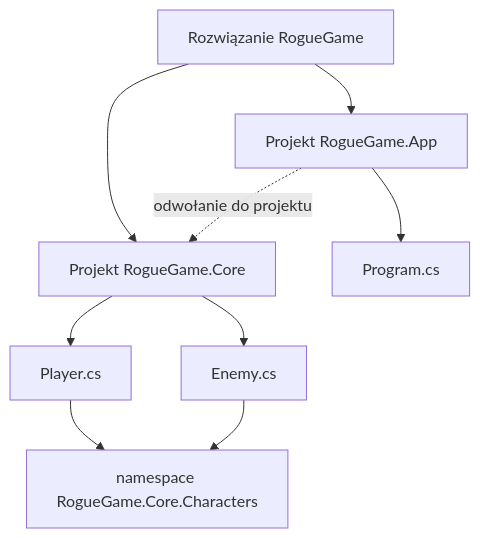
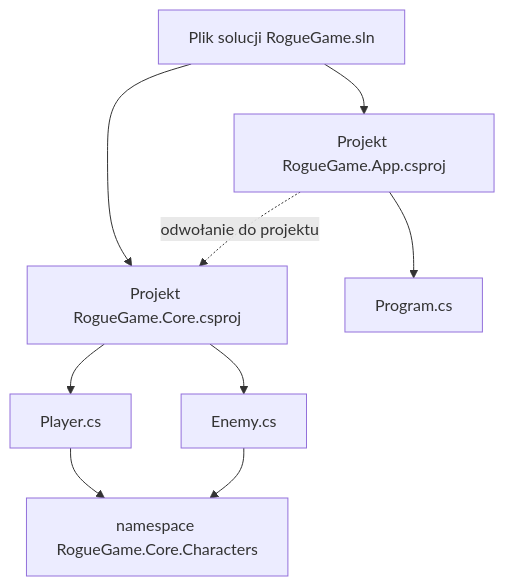
One commit to PJMPR/podstawy-programowania changed the first of 4 diagrams in _materials/08-lecture-namespace-packages-solutions.md. Above: the diagram before and after it, drawn with Mermaid. The commit also changed other lines of this file and 2 other files, not shown here.

````diff
--- a/_materials/08-lecture-namespace-packages-solutions.md
+++ b/_materials/08-lecture-namespace-packages-solutions.md
@@ -46,11 +46,11 @@
 ```mermaid
 flowchart TB
-    S[Rozwiązanie RogueGame] --> A[Projekt RogueGame.App]
-    S --> C[Projekt RogueGame.Core]
+    S[Plik solucji RogueGame.sln] --> A[Projekt RogueGame.App.csproj]
+    S --> C[Projekt RogueGame.Core.csproj]
     A --> A1[Program.cs]
     C --> C1[Player.cs]
     C --> C2[Enemy.cs]
     C1 --> N[namespace RogueGame.Core.Characters]
     C2 --> N
     A -. odwołanie do projektu .-> C
 ```
````
